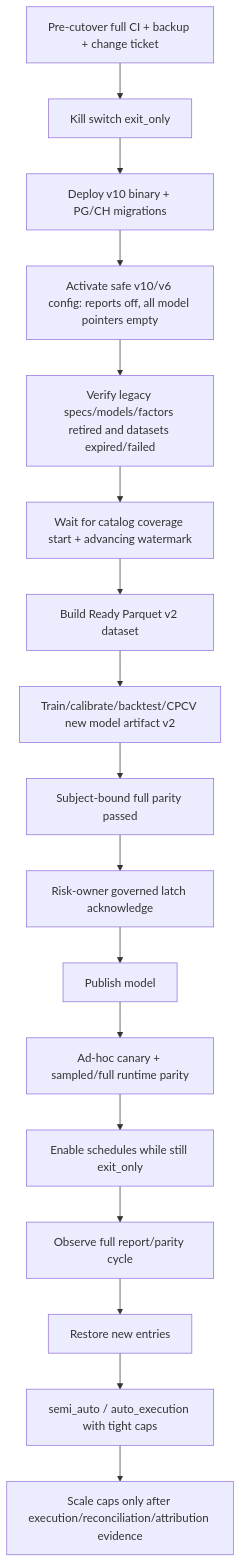
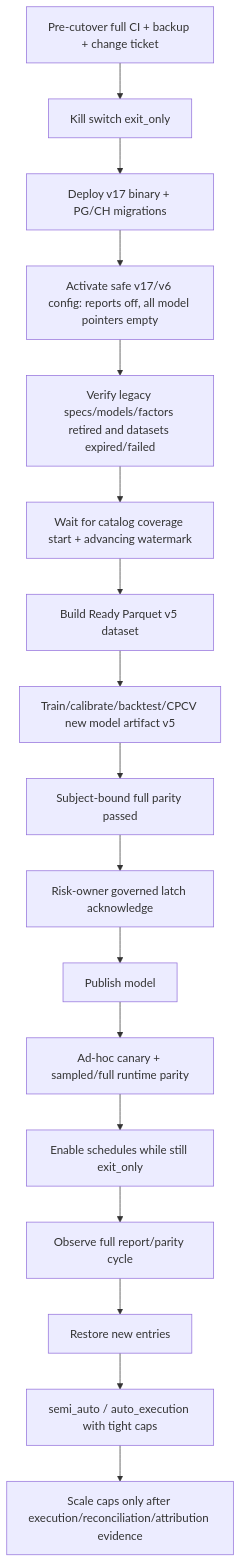
Diagram 12 of 12 in docs/operations/architecture-and-design.md (solomon-ssy/oxide-arb), drawn with Mermaid before and after one commit. The commit also changed other lines of this file and 70 other files, not shown here.

Commit message:
feat(core,models,web,config,storage,repository,docs): 🔐 HS256 JWT + SecretText deploy secrets, operator dashboard overview API, and canonical production-gates CI

````diff
--- a/docs/operations/architecture-and-design.md
+++ b/docs/operations/architecture-and-design.md
@@ -807,19 +807,19 @@
 ```mermaid
 flowchart TD
     A["Pre-cutover full CI + backup + change ticket"] --> B["Kill switch exit_only"]
-    B --> C["Deploy v10 binary + PG/CH migrations"]
-    C --> D["Activate safe v10/v6 config: reports off, all model pointers empty"]
+    B --> C["Deploy v17 binary + PG/CH migrations"]
+    C --> D["Activate safe v17/v6 config: reports off, all model pointers empty"]
     D --> E["Verify legacy specs/models/factors retired and datasets expired/failed"]
     E --> F["Wait for catalog coverage start + advancing watermark"]
-    F --> G["Build Ready Parquet v2 dataset"]
-    G --> H["Train/calibrate/backtest/CPCV new model artifact v2"]
+    F --> G["Build Ready Parquet v5 dataset"]
+    G --> H["Train/calibrate/backtest/CPCV new model artifact v5"]
     H --> I["Subject-bound full parity passed"]
     I --> J["Risk-owner governed latch acknowledge"]
     J --> K["Publish model"]
     K --> L["Ad-hoc canary + sampled/full runtime parity"]
     L --> M["Enable schedules while still exit_only"]
     M --> N["Observe full report/parity cycle"]
     N --> O["Restore new entries"]
     O --> P["semi_auto / auto_execution with tight caps"]
     P --> Q["Scale caps only after execution/reconciliation/attribution evidence"]
 ```
````
